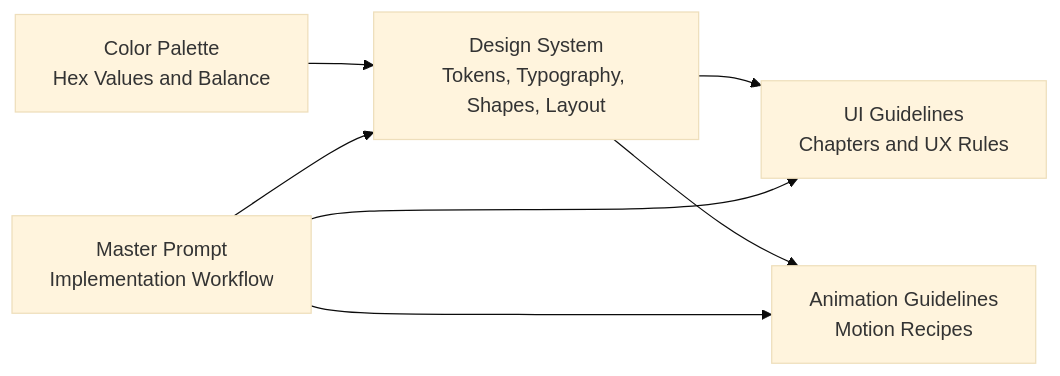
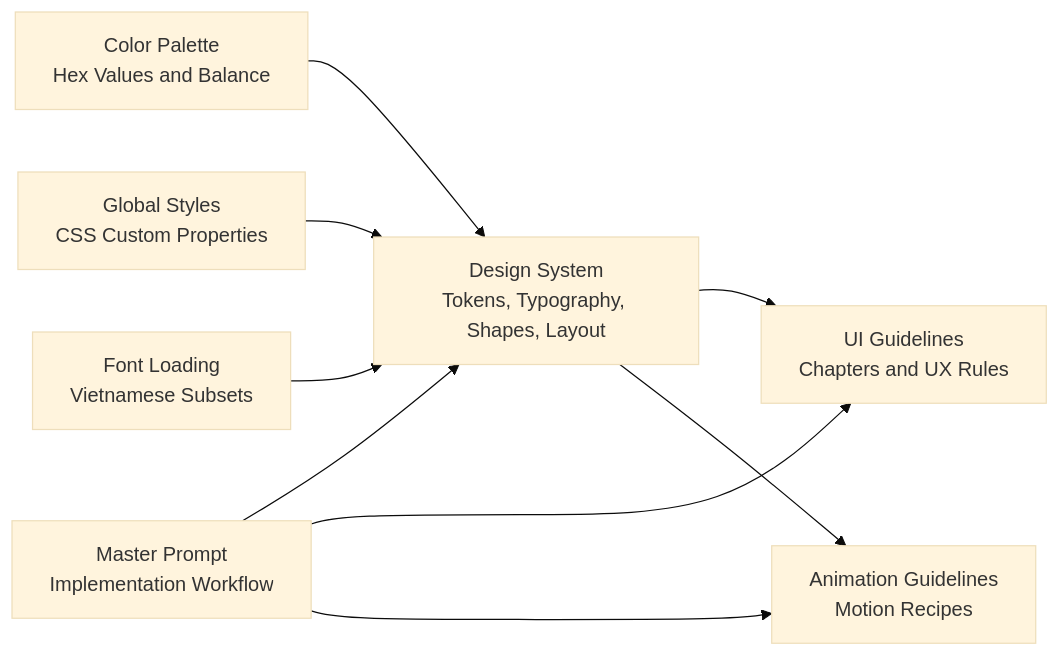
Before and after one commit to quangkiet1/anh-xin-loi: the third of 4 diagrams in .qoder/repowiki/en/content/Design System Reference/Design System Reference.md, drawn with Mermaid (base theme). The commit also changed other lines of this file and 13 other files, not shown here.

````diff
--- a/.qoder/repowiki/en/content/Design System Reference/Design System Reference.md
+++ b/.qoder/repowiki/en/content/Design System Reference/Design System Reference.md
@@ -295,14 +336,18 @@
 ```mermaid
 graph LR
 DS["Design System<br/>Tokens, Typography, Shapes, Layout"]
 CP["Color Palette<br/>Hex Values and Balance"]
 UIG["UI Guidelines<br/>Chapters and UX Rules"]
 AG["Animation Guidelines<br/>Motion Recipes"]
 MP["Master Prompt<br/>Implementation Workflow"]
+CSS["Global Styles<br/>CSS Custom Properties"]
+FONT["Font Loading<br/>Vietnamese Subsets"]
 DS --> UIG
 CP --> DS
 DS --> AG
 MP --> DS
 MP --> UIG
 MP --> AG
+CSS --> DS
+FONT --> DS
 ```
````
